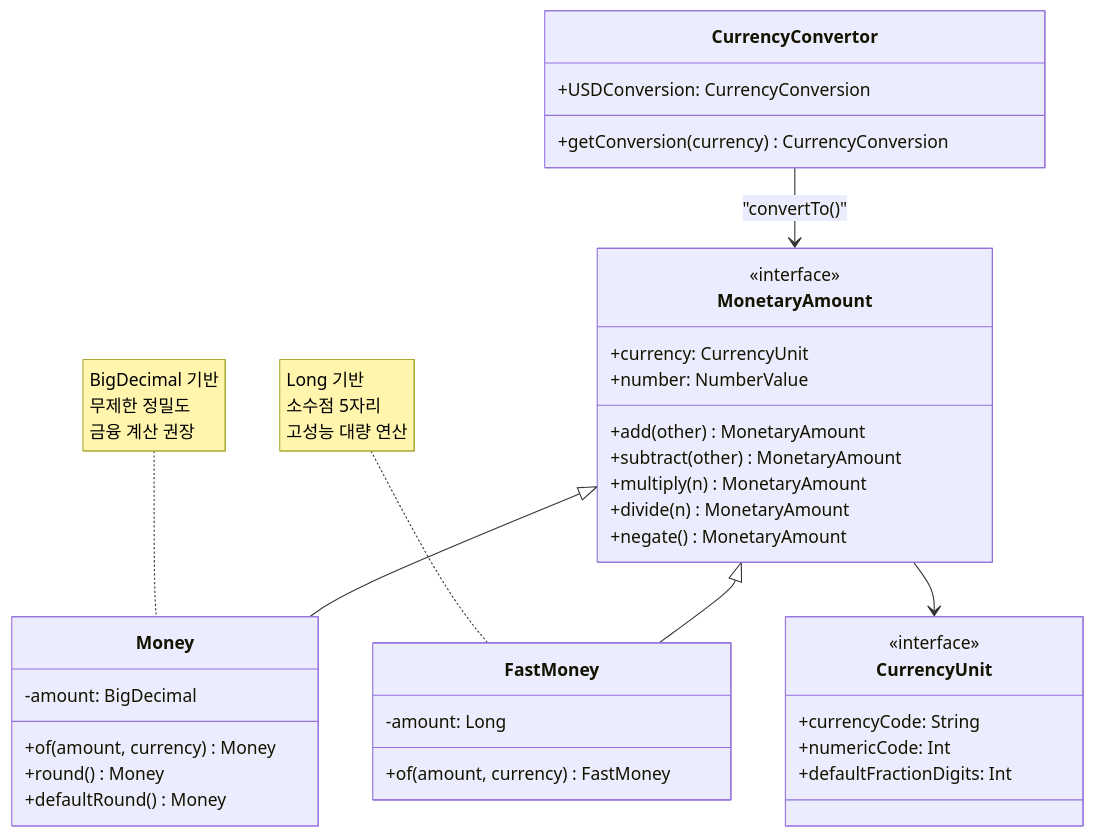
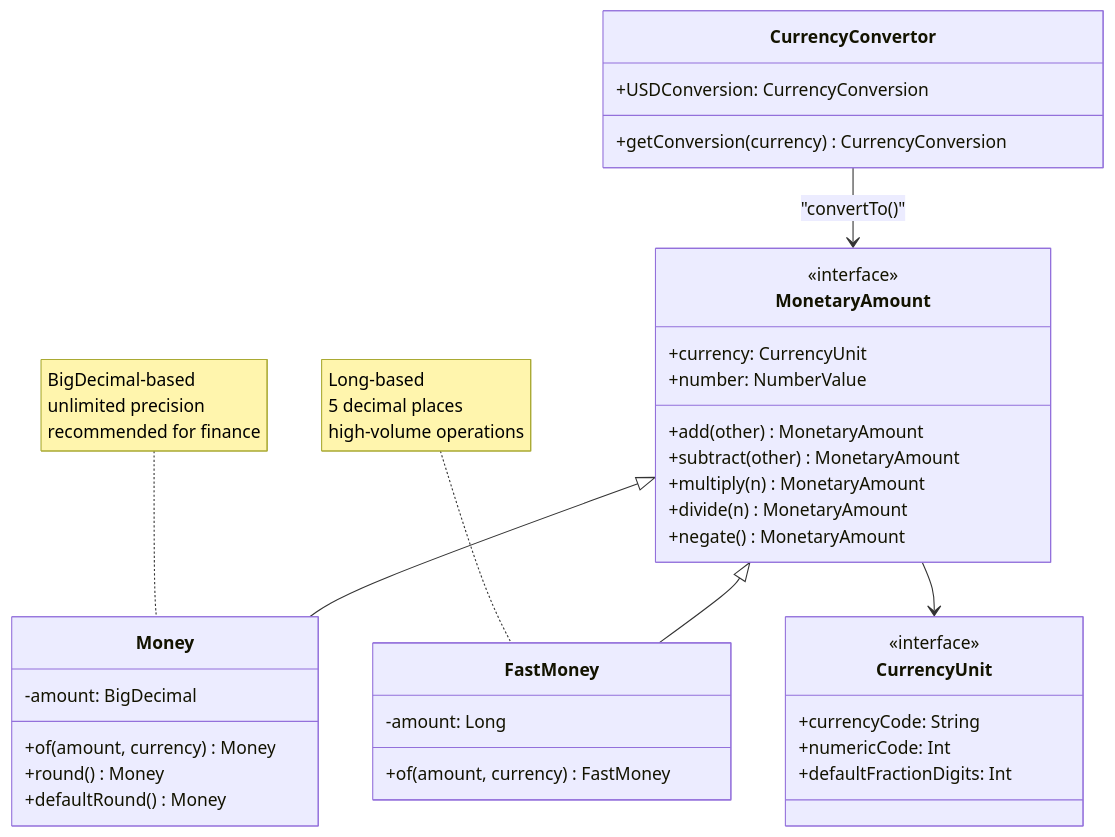
Before and after one commit to bluetape4k/bluetape4k-projects: the first of 2 diagrams in utils/money/README.md, drawn with Mermaid. The commit also changed other lines of this file and 265 other files, not shown here.

````diff
--- a/utils/money/README.md
+++ b/utils/money/README.md
@@ -237,46 +239,46 @@
 ```mermaid
 classDiagram
     class MonetaryAmount {
         <<interface>>
         +currency: CurrencyUnit
         +number: NumberValue
         +add(other) MonetaryAmount
         +subtract(other) MonetaryAmount
         +multiply(n) MonetaryAmount
         +divide(n) MonetaryAmount
         +negate() MonetaryAmount
     }
 
     class Money {
         -amount: BigDecimal
         +of(amount, currency) Money
         +round() Money
         +defaultRound() Money
     }
 
     class FastMoney {
         -amount: Long
         +of(amount, currency) FastMoney
     }
 
     class CurrencyUnit {
         <<interface>>
         +currencyCode: String
         +numericCode: Int
         +defaultFractionDigits: Int
     }
 
     class CurrencyConvertor {
         +getConversion(currency) CurrencyConversion
         +USDConversion: CurrencyConversion
     }
 
     MonetaryAmount <|-- Money
     MonetaryAmount <|-- FastMoney
     MonetaryAmount --> CurrencyUnit
     CurrencyConvertor --> MonetaryAmount : "convertTo()"
 
-    note for Money "BigDecimal 기반<br/>무제한 정밀도<br/>금융 계산 권장"
-    note for FastMoney "Long 기반<br/>소수점 5자리<br/>고성능 대량 연산"
+    note for Money "BigDecimal-based<br/>unlimited precision<br/>recommended for finance"
+    note for FastMoney "Long-based<br/>5 decimal places<br/>high-volume operations"
 
 ```
````
